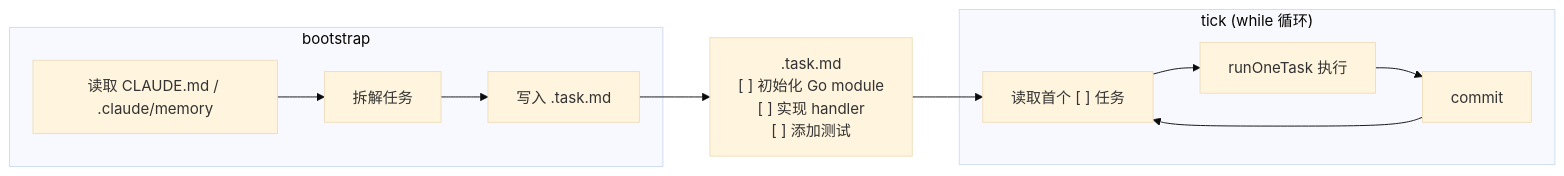
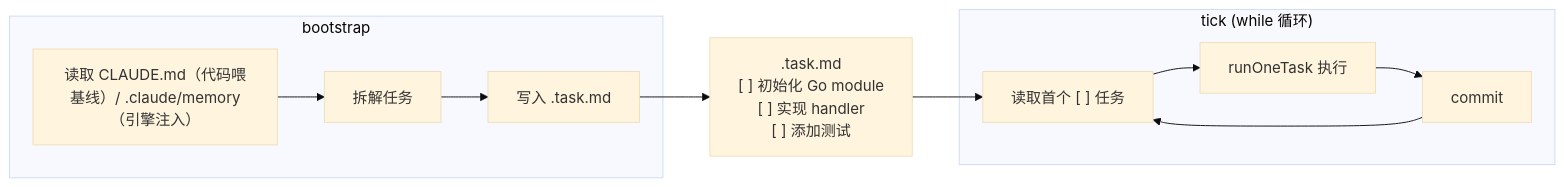
The second of 6 diagrams in docs/share-outline.md (free-wyq/swallow), drawn with Mermaid (base theme) before and after one commit. The commit also changed other lines of this file and 6 other files, not shown here.

````diff
--- a/docs/share-outline.md
+++ b/docs/share-outline.md
@@ -115,17 +115,17 @@
 ```mermaid
 flowchart LR
     subgraph BOOT["bootstrap"]
-        A[读取 CLAUDE.md / .claude/memory] --> B[拆解任务]
+        A[读取 CLAUDE.md（代码喂基线）/ .claude/memory（引擎注入）] --> B[拆解任务]
         B --> C[写入 .task.md]
     end
 
     C --> TASK[".task.md<br/>[ ] 初始化 Go module<br/>[ ] 实现 handler<br/>[ ] 添加测试"]
 
     subgraph TICK["tick (while 循环)"]
         D["读取首个 [ ] 任务"] --> E["runOneTask 执行"]
         E --> F["commit"]
         F --> D
     end
 
     TASK --> D
 ```
````
